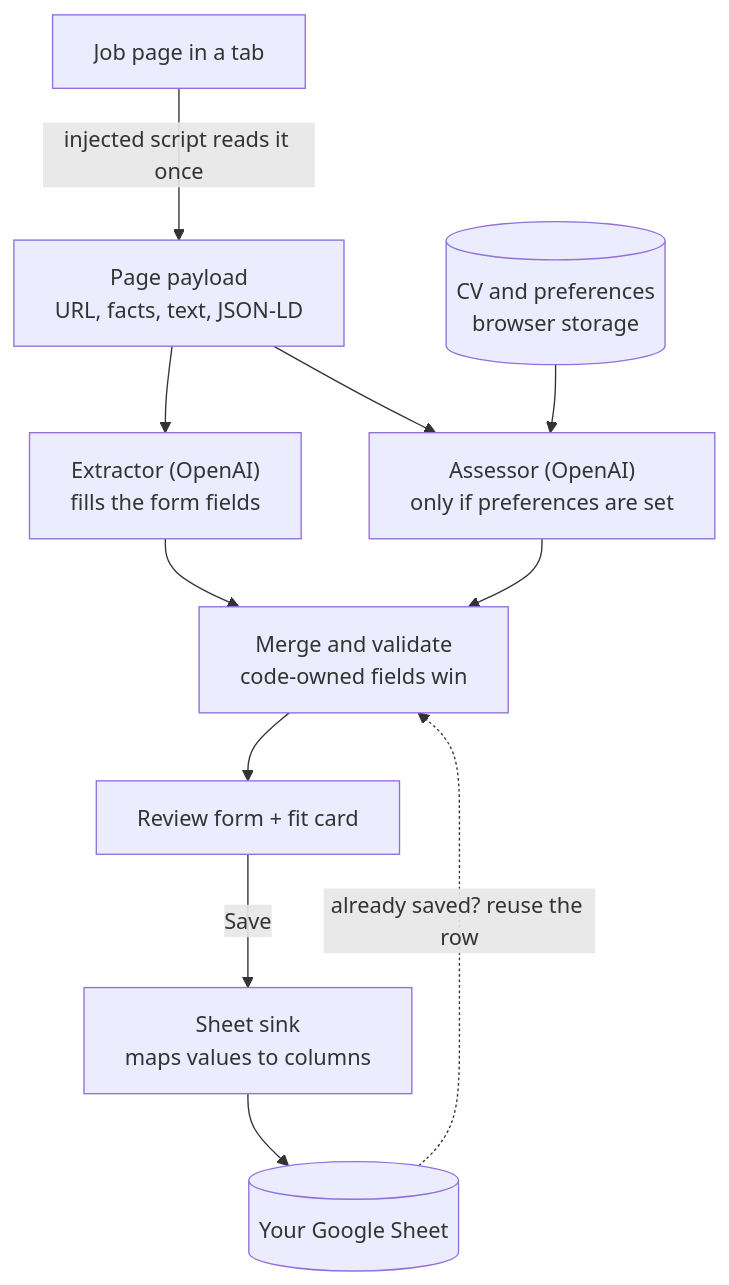
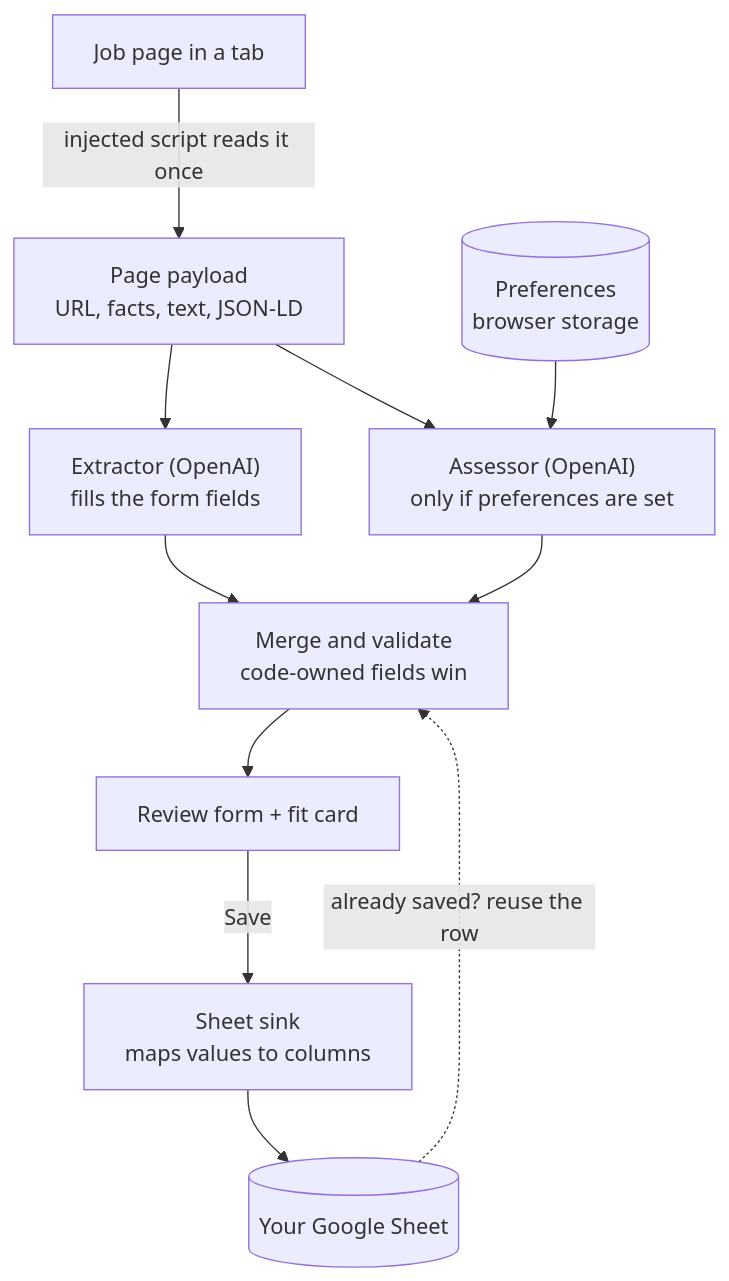
The diagram in ARCHITECTURE.md (joshualauw/job-saver), drawn with Mermaid before and after one commit. The commit also changed other lines of this file and 15 other files, not shown here.

````diff
--- a/ARCHITECTURE.md
+++ b/ARCHITECTURE.md
@@ -19,15 +19,15 @@
 ```mermaid
 flowchart TD
     Page["Job page in a tab"] -->|"injected script reads it once"| Payload["Page payload<br/>URL, facts, text, JSON-LD"]
     Sheet[("Your Google Sheet")] -.->|"already saved? reuse the row"| Merge
 
     Payload --> Extractor["Extractor (OpenAI)<br/>fills the form fields"]
     Payload --> Assessor["Assessor (OpenAI)<br/>only if preferences are set"]
-    Local[("CV and preferences<br/>browser storage")] --> Assessor
+    Local[("Preferences<br/>browser storage")] --> Assessor
 
     Extractor --> Merge["Merge and validate<br/>code-owned fields win"]
     Assessor --> Merge
     Merge --> Review["Review form + fit card"]
     Review -->|Save| Sink["Sheet sink<br/>maps values to columns"]
     Sink --> Sheet
 ```
````
